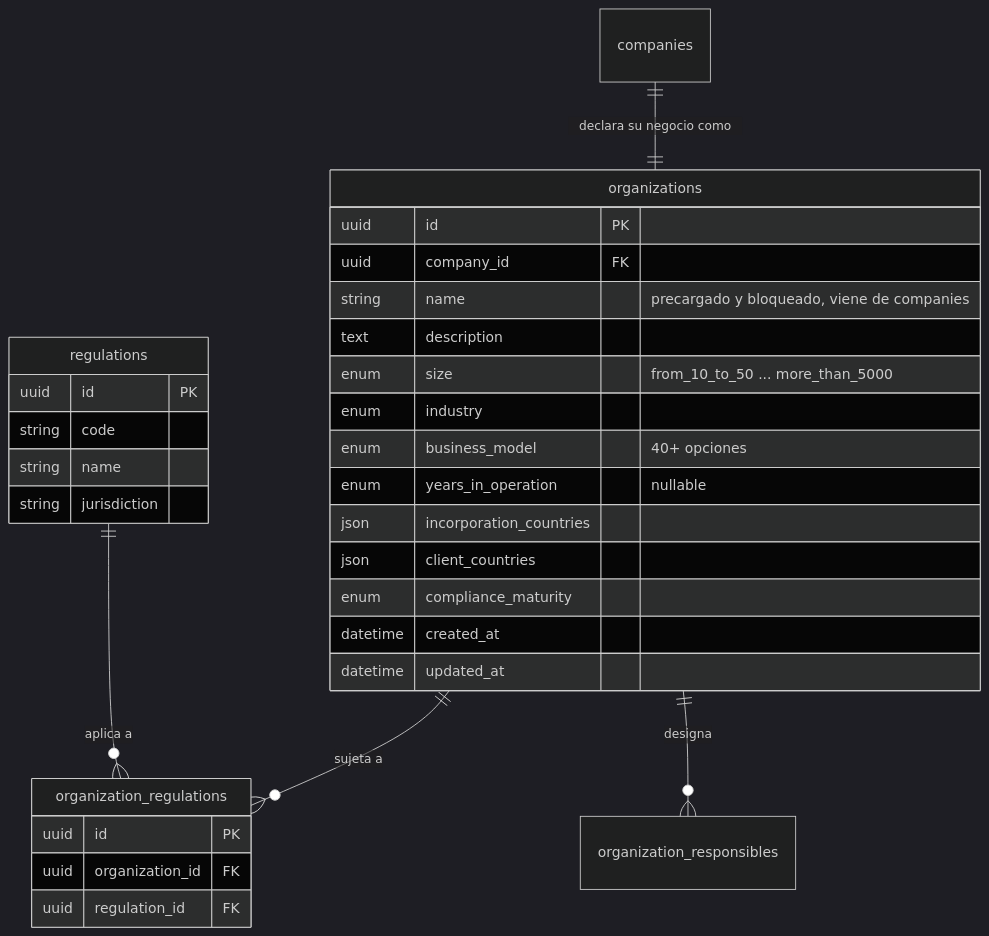
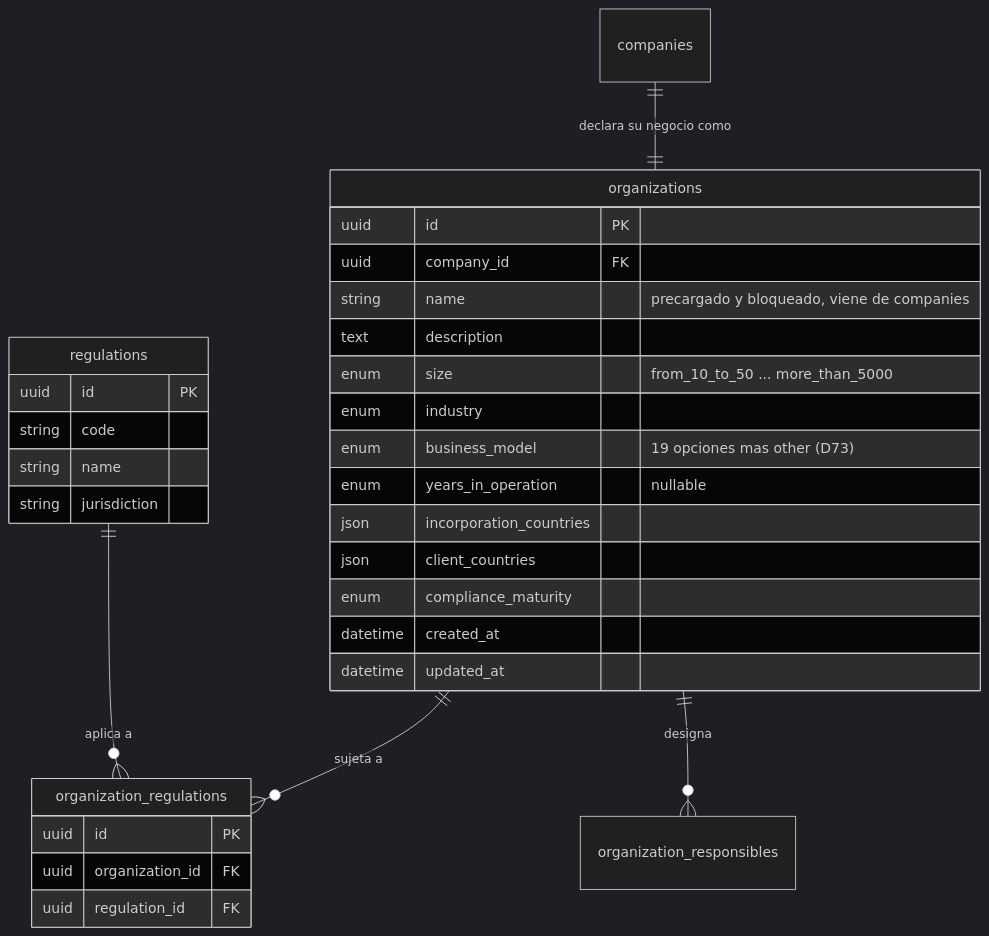
One commit to Monkey-GRC/Monkey-Brain-IA changed the first of 3 diagrams in skills/product/monkey-compliance-council/references/datos/modelo/06-onboarding.md. Above: the diagram before and after it, drawn with Mermaid (dark theme). The commit also changed 23 other files, not shown here.

````diff
--- a/skills/product/monkey-compliance-council/references/datos/modelo/06-onboarding.md
+++ b/skills/product/monkey-compliance-council/references/datos/modelo/06-onboarding.md
@@ -22,33 +22,33 @@
 ```mermaid
 erDiagram
     organizations {
         uuid id PK
         uuid company_id FK
         string name "precargado y bloqueado, viene de companies"
         text description
         enum size "from_10_to_50 ... more_than_5000"
         enum industry
-        enum business_model "40+ opciones"
+        enum business_model "19 opciones mas other (D73)"
         enum years_in_operation "nullable"
         json incorporation_countries
         json client_countries
         enum compliance_maturity
         datetime created_at
         datetime updated_at
     }
     regulations {
         uuid id PK
         string code
         string name
         string jurisdiction
     }
     organization_regulations {
         uuid id PK
         uuid organization_id FK
         uuid regulation_id FK
     }
     companies ||--|| organizations : "declara su negocio como"
     organizations ||--o{ organization_regulations : "sujeta a"
     regulations ||--o{ organization_regulations : "aplica a"
     organizations ||--o{ organization_responsibles : "designa"
 ```
````
